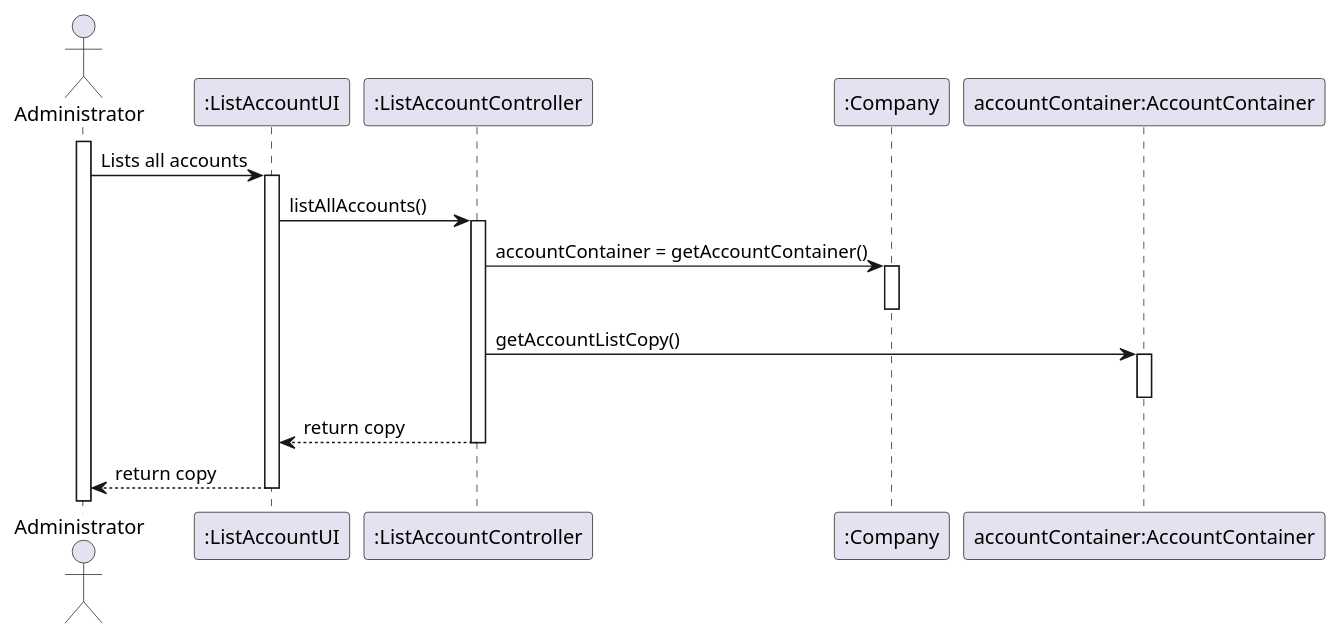
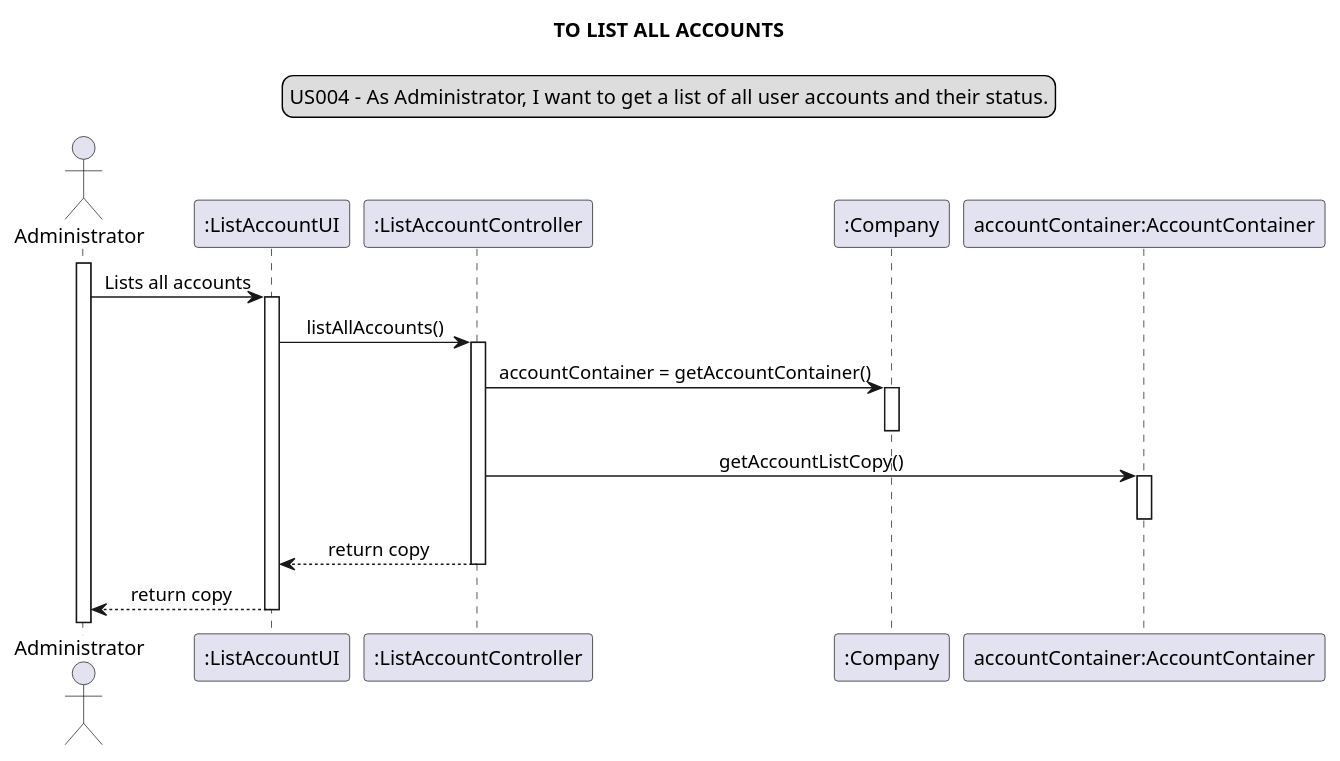
The diagram in docs/modelling_design/user_stories/us004/US004_sequenceDiagram.puml (Loracline/project_switch_22-23), drawn with PlantUML before and after one commit. The commit also changed 6 other files, not shown here.

Commit message:
Sequence Diagrams | Update and refinement according to new version

```diff
--- a/docs/modelling_design/user_stories/us004/US004_sequenceDiagram.puml
+++ b/docs/modelling_design/user_stories/us004/US004_sequenceDiagram.puml
@@ -1,25 +1,29 @@
 @startuml
-
+skinparam sequenceMessageAlign center
+title TO LIST ALL ACCOUNTS
+legend top
+US004 - As Administrator, I want to get a list of all user accounts and their status.
+end legend
 actor Administrator
 participant ":ListAccountUI" as ui
 participant ":ListAccountController" as controller
 participant ":Company" as company
 participant "accountContainer:AccountContainer" as container
 
 activate Administrator
 Administrator -> ui: Lists all accounts
 activate ui
 ui -> controller: listAllAccounts()
 activate controller
 controller -> company: accountContainer = getAccountContainer()
 activate company
 deactivate company
 controller -> container: getAccountListCopy()
 activate container
 deactivate container
 controller --> ui: return copy
 deactivate controller
 ui --> Administrator: return copy
 deactivate ui
 
 @enduml
```
